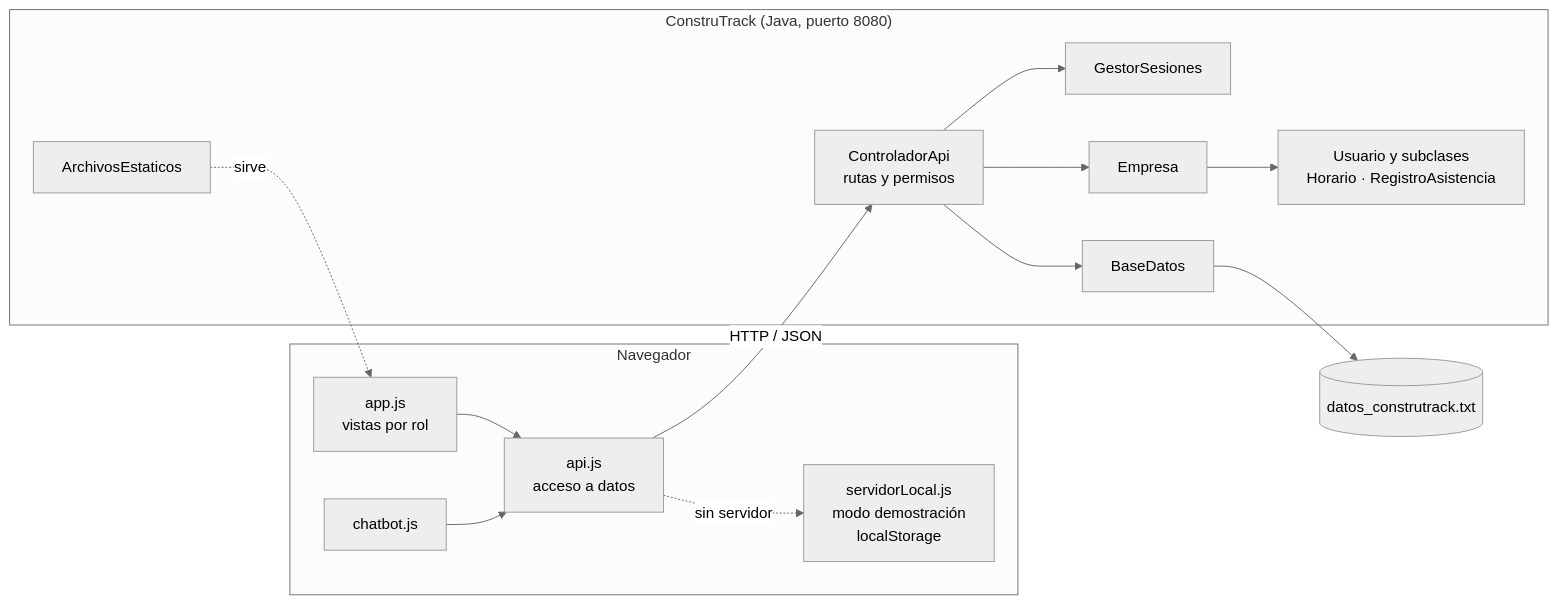
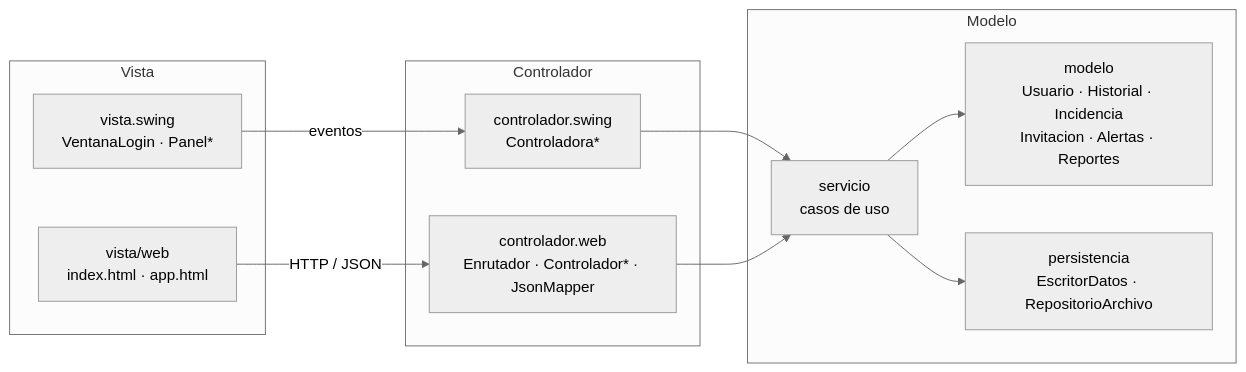
The diagram in README.md (diavolo34/Proyecto-Poo), drawn with Mermaid (neutral theme) before and after one commit. The commit also changed other lines of this file and 1 other file, not shown here.

````diff
--- a/README.md
+++ b/README.md
@@ -45,17 +46,22 @@
 ```mermaid
 flowchart LR
-    subgraph Navegador
-        UI[app.js<br/>vistas por rol] --> API[api.js<br/>acceso a datos]
-        BOT[chatbot.js] --> API
-        API -. sin servidor .-> DEMO[servidorLocal.js<br/>modo demostración<br/>localStorage]
+    subgraph Vista
+        SW[vista.swing<br/>VentanaLogin · Panel*]
+        WEB[vista/web<br/>index.html · app.html]
     end
-    API -- HTTP / JSON --> CTRL
-    subgraph "ConstruTrack (Java, puerto 8080)"
-        CTRL[ControladorApi<br/>rutas y permisos] --> SES[GestorSesiones]
-        CTRL --> EMP[Empresa]
-        EMP --> USR[Usuario y subclases<br/>Horario · RegistroAsistencia]
-        CTRL --> BD[BaseDatos]
-        EST[ArchivosEstaticos] -. sirve .-> UI
+    subgraph Controlador
+        CS[controlador.swing<br/>Controladora*]
+        CW[controlador.web<br/>Enrutador · Controlador* · JsonMapper]
     end
-    BD --> TXT[(datos_construtrack.txt)]
+    subgraph Modelo
+        SV[servicio<br/>casos de uso]
+        MD[modelo<br/>Usuario · Historial · Incidencia<br/>Invitacion · Alertas · Reportes]
+        PE[persistencia<br/>EscritorDatos · RepositorioArchivo]
+    end
+    SW -- eventos --> CS
+    WEB -- HTTP / JSON --> CW
+    CS --> SV
+    CW --> SV
+    SV --> MD
+    SV --> PE
 ```
````
